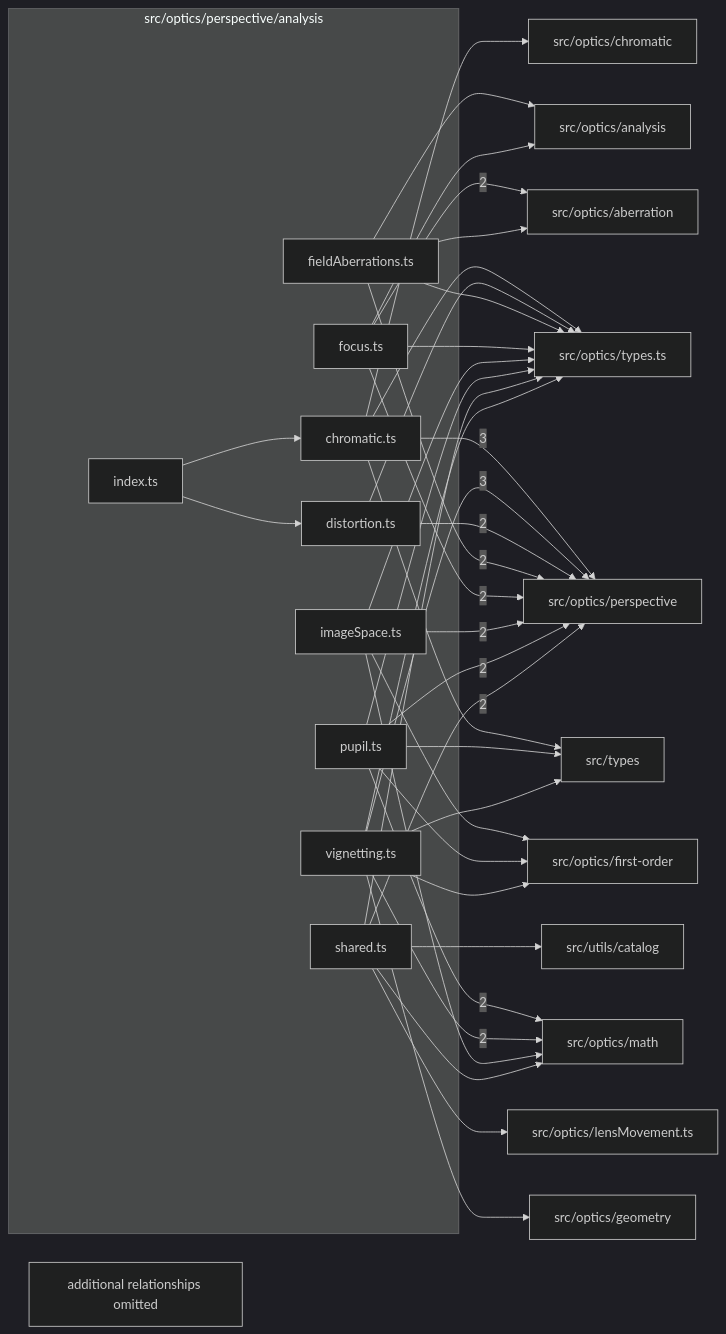
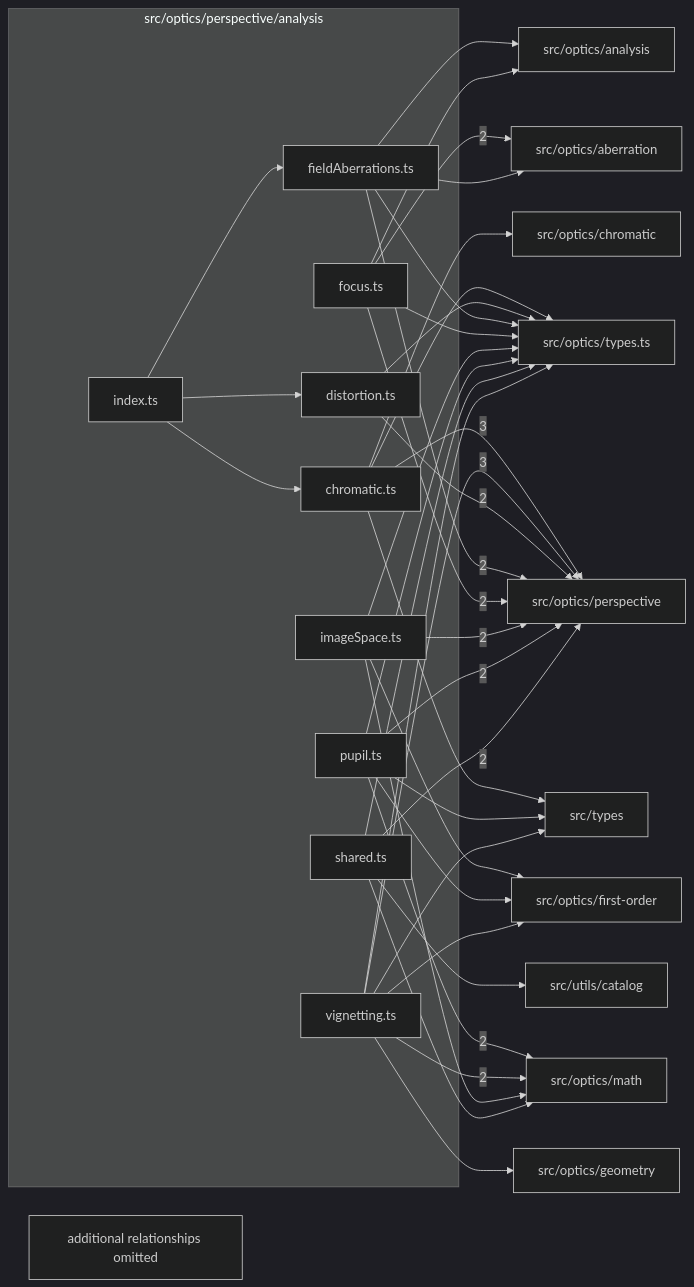
One commit to ronbuening/LensVisualizer changed the diagram in src/optics/perspective/analysis/readme.md. Above: the diagram before and after it, drawn with Mermaid (dark theme). The commit also changed other lines of this file and 7 other files, not shown here.

````diff
--- a/src/optics/perspective/analysis/readme.md
+++ b/src/optics/perspective/analysis/readme.md
@@ -9,62 +9,61 @@
 ```mermaid
 flowchart LR
   subgraph n_src_optics_perspective_analysis["src/optics/perspective/analysis"]
     n_src_optics_perspective_analysis_src_optics_perspective_analysis_chromatic_ts["chromatic.ts"]
     n_src_optics_perspective_analysis_src_optics_perspective_analysis_distortion_ts["distortion.ts"]
     n_src_optics_perspective_analysis_src_optics_perspective_analysis_fieldAberrations_ts["fieldAberrations.ts"]
     n_src_optics_perspective_analysis_src_optics_perspective_analysis_focus_ts["focus.ts"]
     n_src_optics_perspective_analysis_src_optics_perspective_analysis_imageSpace_ts["imageSpace.ts"]
     n_src_optics_perspective_analysis_src_optics_perspective_analysis_index_ts["index.ts"]
     n_src_optics_perspective_analysis_src_optics_perspective_analysis_pupil_ts["pupil.ts"]
     n_src_optics_perspective_analysis_src_optics_perspective_analysis_shared_ts["shared.ts"]
     n_src_optics_perspective_analysis_src_optics_perspective_analysis_vignetting_ts["vignetting.ts"]
   end
   n_external_src_optics_perspective["src/optics/perspective"]
   n_external_src_optics_aberration["src/optics/aberration"]
   n_external_src_optics_math["src/optics/math"]
   n_external_src_optics_analysis["src/optics/analysis"]
   n_external_src_optics_chromatic["src/optics/chromatic"]
   n_external_src_optics_first_order["src/optics/first-order"]
   n_external_src_optics_geometry["src/optics/geometry"]
-  n_external_src_optics_lensMovement_ts["src/optics/lensMovement.ts"]
   n_external_src_optics_types_ts["src/optics/types.ts"]
   n_external_src_types["src/types"]
   n_external_src_utils_catalog["src/utils/catalog"]
   n_src_optics_perspective_analysis_src_optics_perspective_analysis_chromatic_ts --> |3| n_external_src_optics_perspective
   n_src_optics_perspective_analysis_src_optics_perspective_analysis_vignetting_ts --> |3| n_external_src_optics_perspective
   n_src_optics_perspective_analysis_src_optics_perspective_analysis_focus_ts --> |2| n_external_src_optics_aberration
   n_src_optics_perspective_analysis_src_optics_perspective_analysis_pupil_ts --> |2| n_external_src_optics_math
   n_src_optics_perspective_analysis_src_optics_perspective_analysis_vignetting_ts --> |2| n_external_src_optics_math
   n_src_optics_perspective_analysis_src_optics_perspective_analysis_distortion_ts --> |2| n_external_src_optics_perspective
   n_src_optics_perspective_analysis_src_optics_perspective_analysis_fieldAberrations_ts --> |2| n_external_src_optics_perspective
   n_src_optics_perspective_analysis_src_optics_perspective_analysis_focus_ts --> |2| n_external_src_optics_perspective
   n_src_optics_perspective_analysis_src_optics_perspective_analysis_imageSpace_ts --> |2| n_external_src_optics_perspective
   n_src_optics_perspective_analysis_src_optics_perspective_analysis_pupil_ts --> |2| n_external_src_optics_perspective
   n_src_optics_perspective_analysis_src_optics_perspective_analysis_shared_ts --> |2| n_external_src_optics_perspective
   n_src_optics_perspective_analysis_src_optics_perspective_analysis_fieldAberrations_ts --> n_external_src_optics_aberration
   n_src_optics_perspective_analysis_src_optics_perspective_analysis_fieldAberrations_ts --> n_external_src_optics_analysis
   n_src_optics_perspective_analysis_src_optics_perspective_analysis_focus_ts --> n_external_src_optics_analysis
   n_src_optics_perspective_analysis_src_optics_perspective_analysis_chromatic_ts --> n_external_src_optics_chromatic
   n_src_optics_perspective_analysis_src_optics_perspective_analysis_imageSpace_ts --> n_external_src_optics_first_order
   n_src_optics_perspective_analysis_src_optics_perspective_analysis_pupil_ts --> n_external_src_optics_first_order
   n_src_optics_perspective_analysis_src_optics_perspective_analysis_vignetting_ts --> n_external_src_optics_first_order
   n_src_optics_perspective_analysis_src_optics_perspective_analysis_vignetting_ts --> n_external_src_optics_geometry
-  n_src_optics_perspective_analysis_src_optics_perspective_analysis_shared_ts --> n_external_src_optics_lensMovement_ts
   n_src_optics_perspective_analysis_src_optics_perspective_analysis_imageSpace_ts --> n_external_src_optics_math
   n_src_optics_perspective_analysis_src_optics_perspective_analysis_shared_ts --> n_external_src_optics_math
   n_src_optics_perspective_analysis_src_optics_perspective_analysis_chromatic_ts --> n_external_src_optics_types_ts
   n_src_optics_perspective_analysis_src_optics_perspective_analysis_distortion_ts --> n_external_src_optics_types_ts
   n_src_optics_perspective_analysis_src_optics_perspective_analysis_fieldAberrations_ts --> n_external_src_optics_types_ts
   n_src_optics_perspective_analysis_src_optics_perspective_analysis_focus_ts --> n_external_src_optics_types_ts
   n_src_optics_perspective_analysis_src_optics_perspective_analysis_imageSpace_ts --> n_external_src_optics_types_ts
   n_src_optics_perspective_analysis_src_optics_perspective_analysis_pupil_ts --> n_external_src_optics_types_ts
   n_src_optics_perspective_analysis_src_optics_perspective_analysis_shared_ts --> n_external_src_optics_types_ts
   n_src_optics_perspective_analysis_src_optics_perspective_analysis_vignetting_ts --> n_external_src_optics_types_ts
   n_src_optics_perspective_analysis_src_optics_perspective_analysis_chromatic_ts --> n_external_src_types
   n_src_optics_perspective_analysis_src_optics_perspective_analysis_pupil_ts --> n_external_src_types
   n_src_optics_perspective_analysis_src_optics_perspective_analysis_vignetting_ts --> n_external_src_types
   n_src_optics_perspective_analysis_src_optics_perspective_analysis_shared_ts --> n_external_src_utils_catalog
   n_src_optics_perspective_analysis_src_optics_perspective_analysis_index_ts --> n_src_optics_perspective_analysis_src_optics_perspective_analysis_chromatic_ts
   n_src_optics_perspective_analysis_src_optics_perspective_analysis_index_ts --> n_src_optics_perspective_analysis_src_optics_perspective_analysis_distortion_ts
+  n_src_optics_perspective_analysis_src_optics_perspective_analysis_index_ts --> n_src_optics_perspective_analysis_src_optics_perspective_analysis_fieldAberrations_ts
   n_src_optics_perspective_analysis_truncated["additional relationships omitted"]
 ```
````
